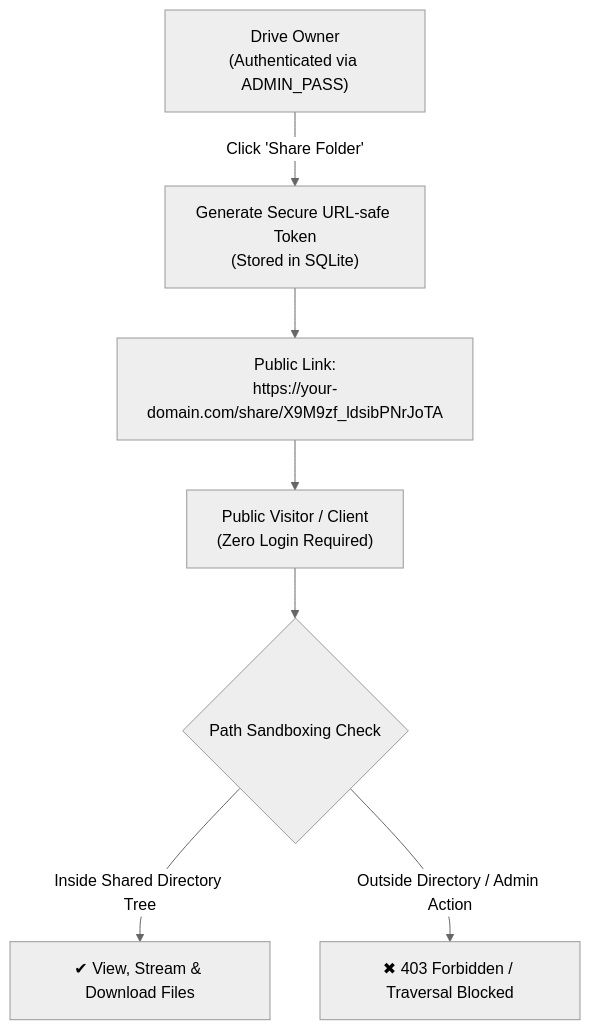
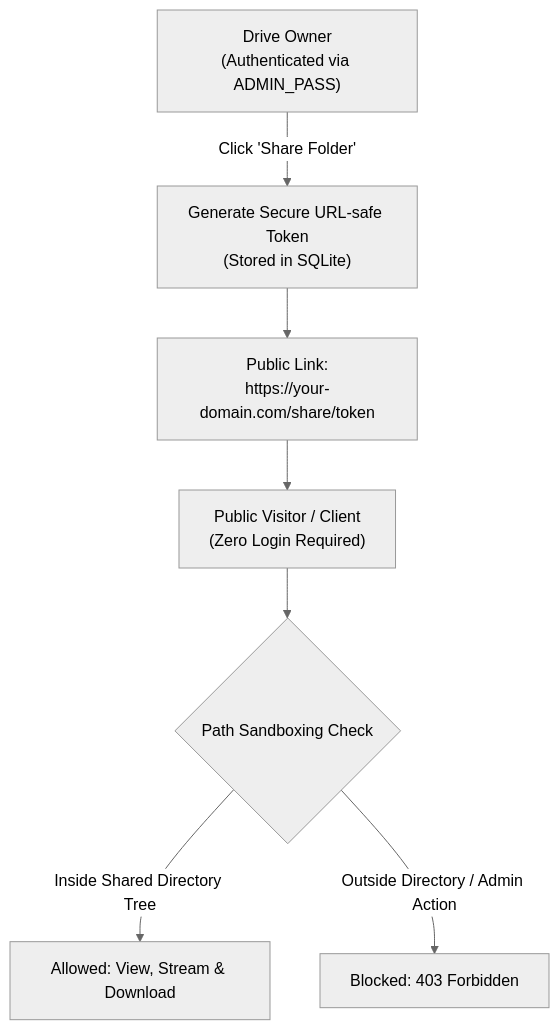
Before and after one commit to WebsiteLeLo/tgdrive: the fourth of 4 diagrams in README.md, drawn with Mermaid (neutral theme). The commit also changed other lines of this file, not shown here.

Commit message:
fix(docs): resolve Mermaid syntax error on edge label

````diff
--- a/README.md
+++ b/README.md
@@ -143,11 +143,11 @@
 ```mermaid
 flowchart TD
-    Admin["Drive Owner\n(Authenticated via ADMIN_PASS)"]
-    Admin -->|Click 'Share Folder'| GenToken["Generate Secure URL-safe Token\n(Stored in SQLite)"]
-    GenToken --> PublicLink["Public Link:\nhttps://your-domain.com/share/X9M9zf_ldsibPNrJoTA"]
+    Admin["Drive Owner<br/>(Authenticated via ADMIN_PASS)"]
+    Admin -->|Click 'Share Folder'| GenToken["Generate Secure URL-safe Token<br/>(Stored in SQLite)"]
+    GenToken --> PublicLink["Public Link:<br/>https://your-domain.com/share/token"]
 
-    PublicLink --> Visitor["Public Visitor / Client\n(Zero Login Required)"]
+    PublicLink --> Visitor["Public Visitor / Client<br/>(Zero Login Required)"]
     Visitor --> ScopeCheck{"Path Sandboxing Check"}
-    ScopeCheck -->|Inside Shared Directory Tree| AccessGranted["✔ View, Stream & Download Files"]
-    ScopeCheck -->|Outside Directory / Admin Action| AccessDenied["✖ 403 Forbidden / Traversal Blocked"]
+    ScopeCheck -->|Inside Shared Directory Tree| AccessGranted["Allowed: View, Stream & Download"]
+    ScopeCheck -->|Outside Directory / Admin Action| AccessDenied["Blocked: 403 Forbidden"]
 ```
````
